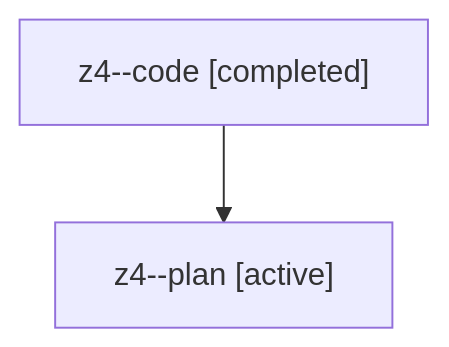
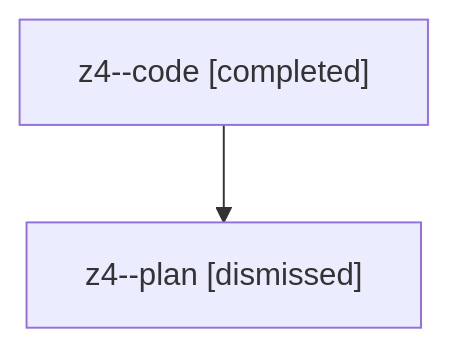
The diagram in sessions/bbugyi200.athena.z4.md (bobs-org/bob-cli--agents), drawn with Mermaid before and after one commit. The commit also changed other lines of this file and 18 other files, not shown here.

````diff
--- a/sessions/bbugyi200.athena.z4.md
+++ b/sessions/bbugyi200.athena.z4.md
@@ -9,6 +9,6 @@
 ```mermaid
 flowchart TD
   n0["z4--code [completed]"]
-  n1["z4--plan [active]"]
+  n1["z4--plan [dismissed]"]
   n0 --> n1
 ```
````
